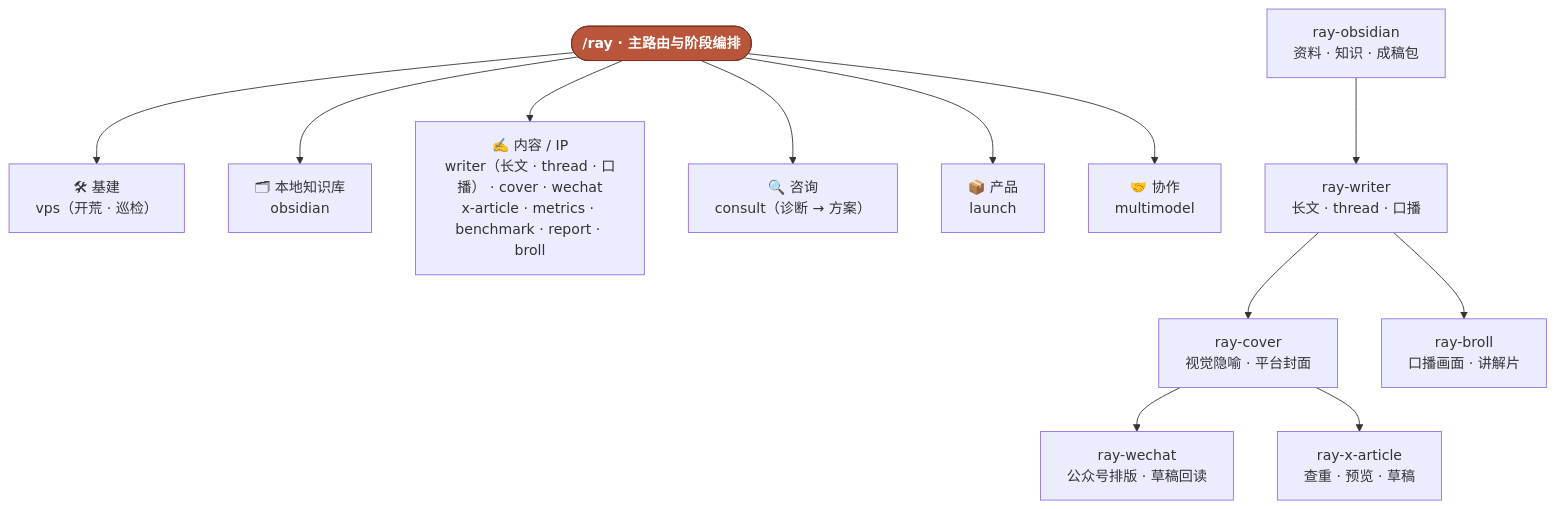
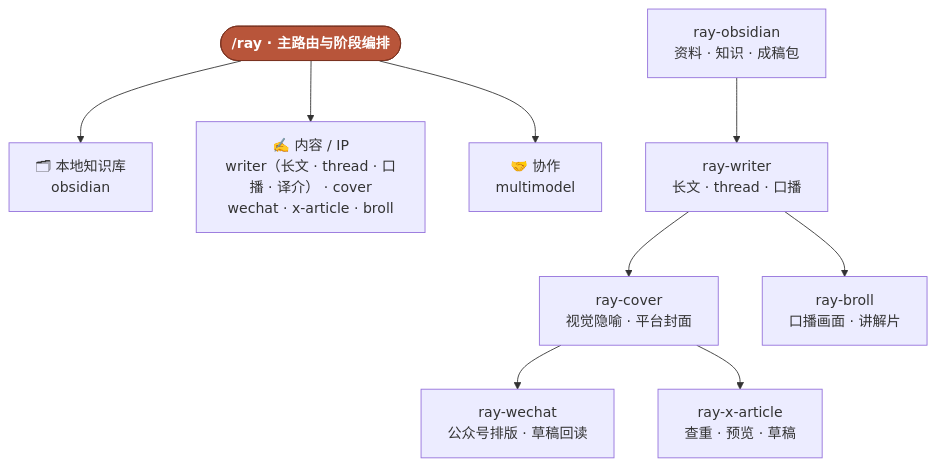
Before and after one commit to imraywang/rayskills: the diagram in README.md, drawn with Mermaid. The commit also changed other lines of this file and 35 other files, not shown here.

````diff
--- a/README.md
+++ b/README.md
@@ -71,19 +65,16 @@
 ```mermaid
 flowchart TD
     RAY(["/ray · 主路由与阶段编排"]):::hub
 
-    RAY --> INFRA["🛠 基建<br/>vps（开荒 · 巡检）"]
     RAY --> KNOWLEDGE["🗂 本地知识库<br/>obsidian"]
-    RAY --> CONTENT["✍️ 内容 / IP<br/>writer（长文 · thread · 口播） · cover · wechat<br/>x-article · metrics · benchmark · report · broll"]
-    RAY --> CONSULT["🔍 咨询<br/>consult（诊断 → 方案）"]
-    RAY --> PRODUCT["📦 产品<br/>launch"]
+    RAY --> CONTENT["✍️ 内容 / IP<br/>writer（长文 · thread · 口播 · 译介） · cover<br/>wechat · x-article · broll"]
     RAY --> COLLAB["🤝 协作<br/>multimodel"]
 
     OBSIDIAN["ray-obsidian<br/>资料 · 知识 · 成稿包"] --> WRITER["ray-writer<br/>长文 · thread · 口播"]
     WRITER --> COVER["ray-cover<br/>视觉隐喻 · 平台封面"]
     WRITER --> BROLL["ray-broll<br/>口播画面 · 讲解片"]
     COVER --> WECHAT["ray-wechat<br/>公众号排版 · 草稿回读"]
     COVER --> XARTICLE["ray-x-article<br/>查重 · 预览 · 草稿"]
 
     classDef hub fill:#b8553a,stroke:#7a3320,color:#fff,font-weight:bold;
 ```
````
